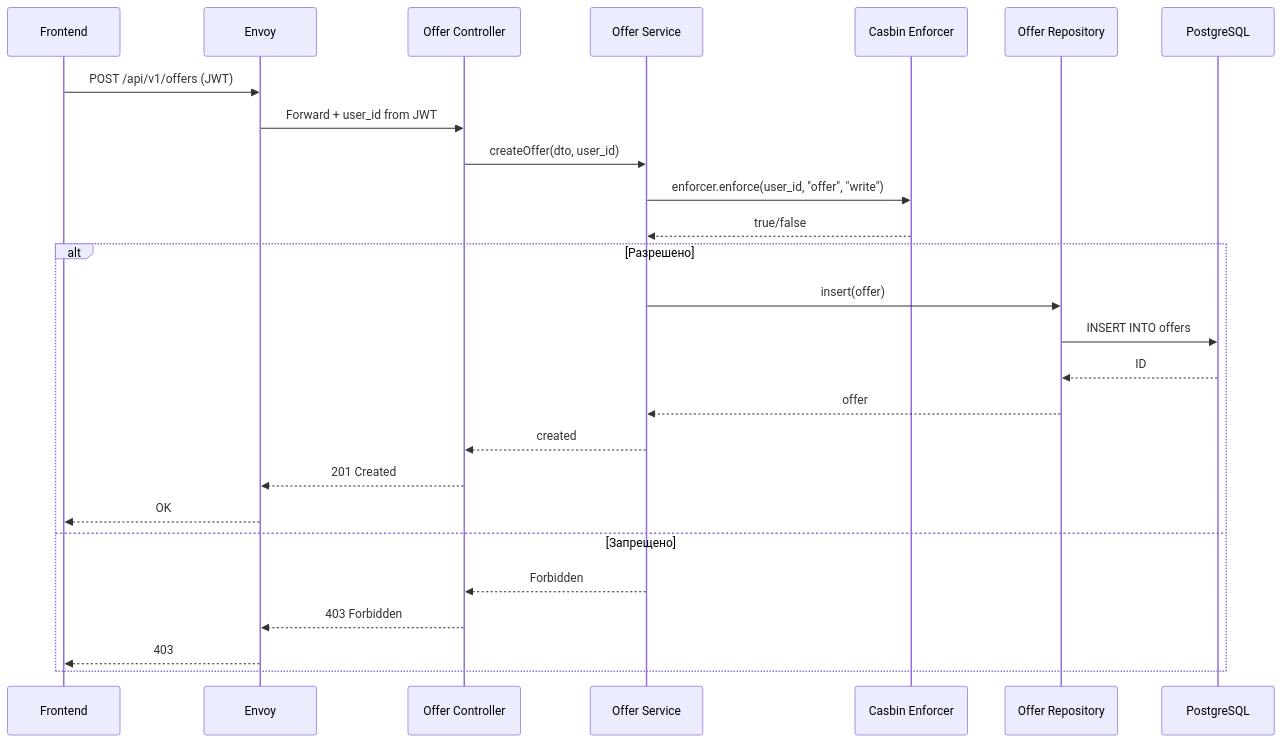
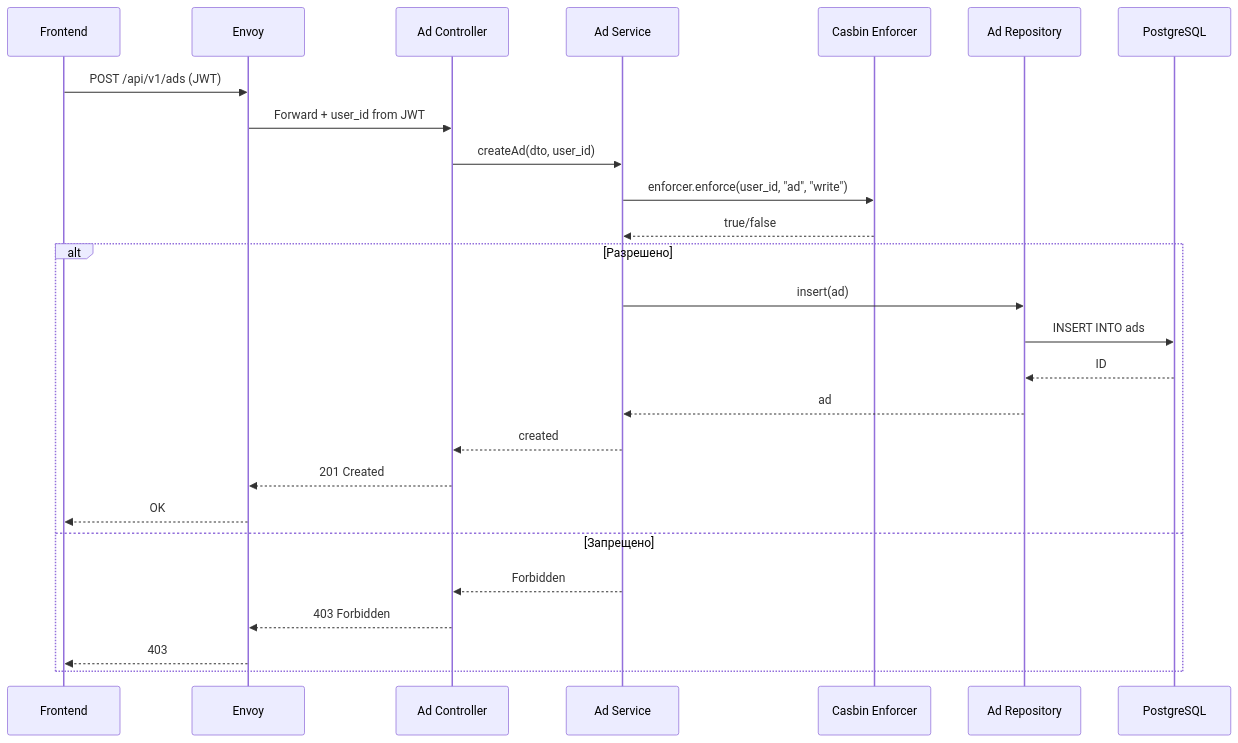
The sixth of 7 diagrams in docs/architecture/c4-3-component.md (otuskotlin/202602-ok-marketplace), drawn with Mermaid before and after one commit. The commit also changed other lines of this file and 6 other files, not shown here.

````diff
--- a/docs/architecture/c4-3-component.md
+++ b/docs/architecture/c4-3-component.md
@@ -224,29 +199,29 @@
 ```mermaid
 sequenceDiagram
     participant Client as Frontend
     participant Gateway as Envoy
-    participant Controller as Offer Controller
-    participant Service as Offer Service
+    participant Controller as Ad Controller
+    participant Service as Ad Service
     participant Casbin as Casbin Enforcer
-    participant Repo as Offer Repository
+    participant Repo as Ad Repository
     participant DB as PostgreSQL
     
-    Client->>Gateway: POST /api/v1/offers (JWT)
+    Client->>Gateway: POST /api/v1/ads (JWT)
     Gateway->>Controller: Forward + user_id from JWT
-    Controller->>Service: createOffer(dto, user_id)
-    Service->>Casbin: enforcer.enforce(user_id, "offer", "write")
+    Controller->>Service: createAd(dto, user_id)
+    Service->>Casbin: enforcer.enforce(user_id, "ad", "write")
     Casbin-->>Service: true/false
     alt Разрешено
-        Service->>Repo: insert(offer)
-        Repo->>DB: INSERT INTO offers
+        Service->>Repo: insert(ad)
+        Repo->>DB: INSERT INTO ads
         DB-->>Repo: ID
-        Repo-->>Service: offer
+        Repo-->>Service: ad
         Service-->>Controller: created
         Controller-->>Gateway: 201 Created
         Gateway-->>Client: OK
     else Запрещено
         Service-->>Controller: Forbidden
         Controller-->>Gateway: 403 Forbidden
         Gateway-->>Client: 403
     end
 ```
````
